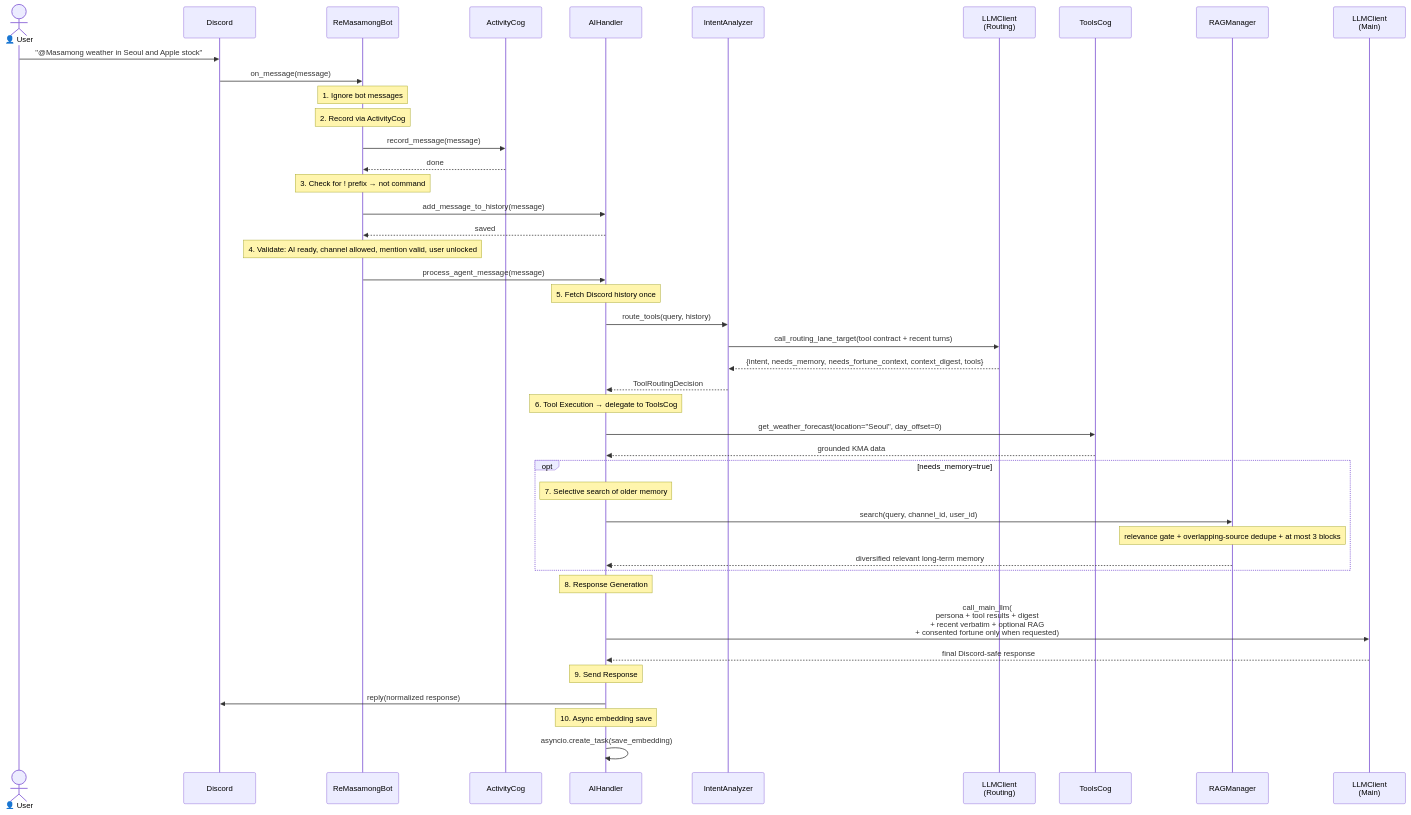
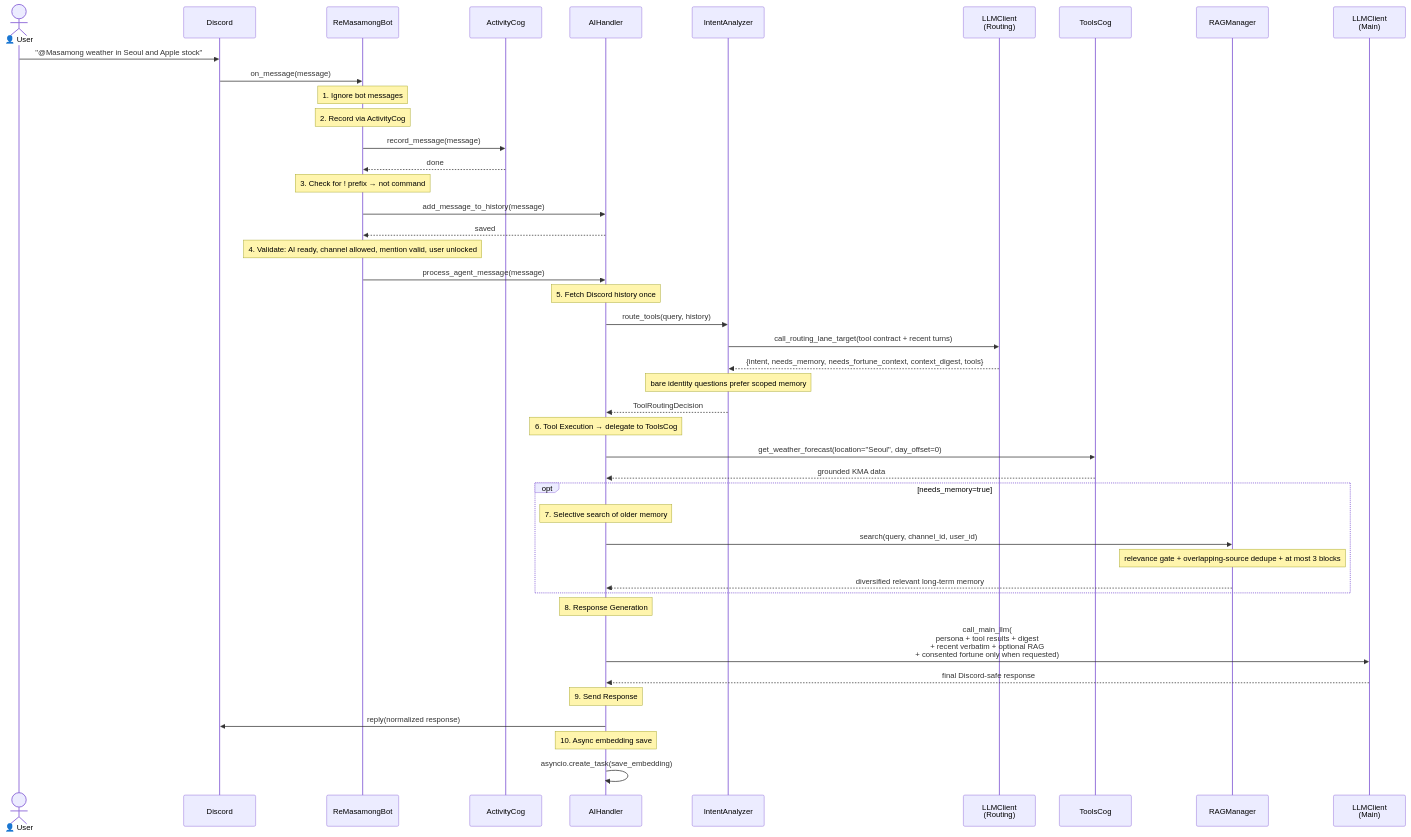
Before and after one commit to kim0040/masamong: the eighth of 15 diagrams in docs/ARCHITECTURE.en.md, drawn with Mermaid. The commit also changed 6 other files, not shown here.

Commit message:
Stabilize scoped identity routing

````diff
--- a/docs/ARCHITECTURE.en.md
+++ b/docs/ARCHITECTURE.en.md
@@ -309,61 +309,62 @@
 ```mermaid
 sequenceDiagram
     actor User as 👤 User
     participant Discord as Discord
     participant Bot as ReMasamongBot
     participant Activity as ActivityCog
     participant AI as AIHandler
     participant Intent as IntentAnalyzer
     participant LLMR as LLMClient<br/>(Routing)
     participant Tools as ToolsCog
     participant RAG as RAGManager
     participant LLMM as LLMClient<br/>(Main)
 
     User->>Discord: "@Masamong weather in Seoul and Apple stock"
     Discord->>Bot: on_message(message)
 
     Note over Bot: 1. Ignore bot messages
     Note over Bot: 2. Record via ActivityCog
 
     Bot->>Activity: record_message(message)
     Activity-->>Bot: done
 
     Note over Bot: 3. Check for ! prefix → not command
 
     Bot->>AI: add_message_to_history(message)
     AI-->>Bot: saved
 
     Note over Bot: 4. Validate: AI ready, channel allowed, mention valid, user unlocked
 
     Bot->>AI: process_agent_message(message)
 
     Note over AI: 5. Fetch Discord history once
     AI->>Intent: route_tools(query, history)
     Intent->>LLMR: call_routing_lane_target(tool contract + recent turns)
     LLMR-->>Intent: {intent, needs_memory, needs_fortune_context, context_digest, tools}
+    Note over Intent: bare identity questions prefer scoped memory
     Intent-->>AI: ToolRoutingDecision
 
     Note over AI: 6. Tool Execution → delegate to ToolsCog
 
     AI->>Tools: get_weather_forecast(location="Seoul", day_offset=0)
     Tools-->>AI: grounded KMA data
 
     opt needs_memory=true
         Note over AI: 7. Selective search of older memory
         AI->>RAG: search(query, channel_id, user_id)
         Note over RAG: relevance gate + overlapping-source dedupe + at most 3 blocks
         RAG-->>AI: diversified relevant long-term memory
     end
 
     Note over AI: 8. Response Generation
 
     AI->>LLMM: call_main_llm(<br/>persona + tool results + digest<br/>+ recent verbatim + optional RAG<br/>+ consented fortune only when requested)
     LLMM-->>AI: final Discord-safe response
 
     Note over AI: 9. Send Response
 
     AI->>Discord: reply(normalized response)
 
     Note over AI: 10. Async embedding save
     AI->>AI: asyncio.create_task(save_embedding)
 ```
````
